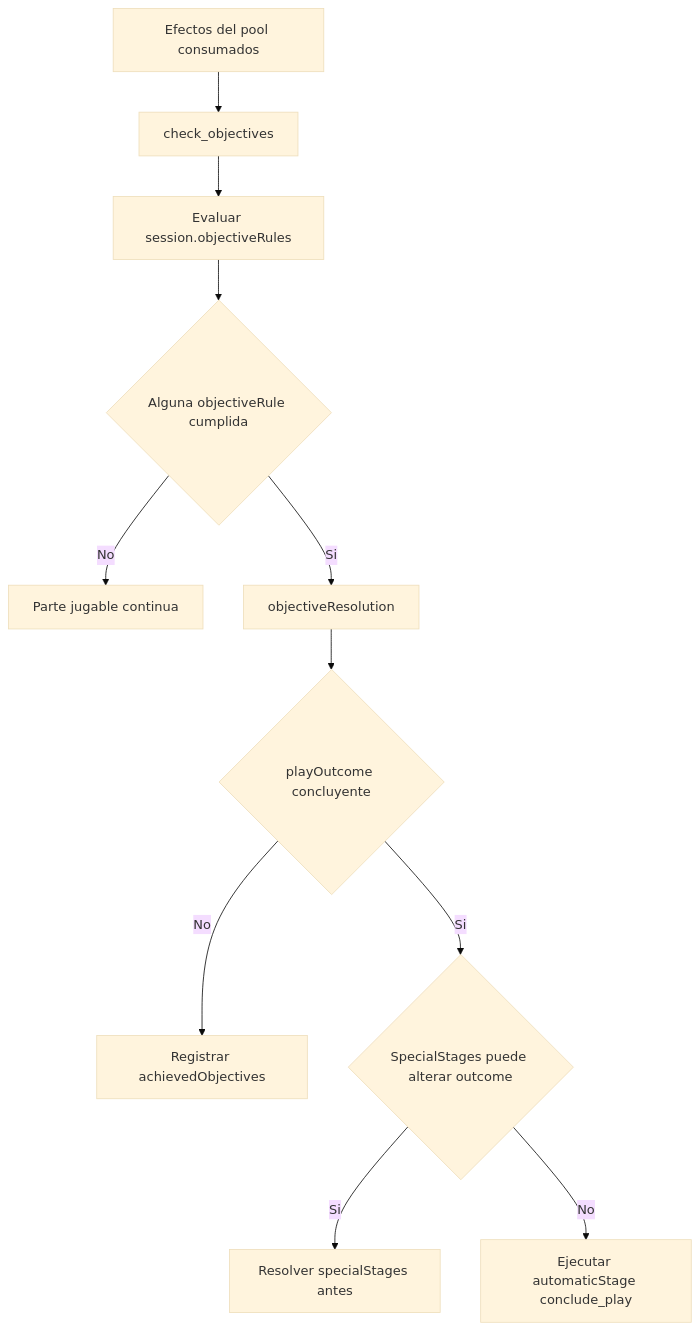
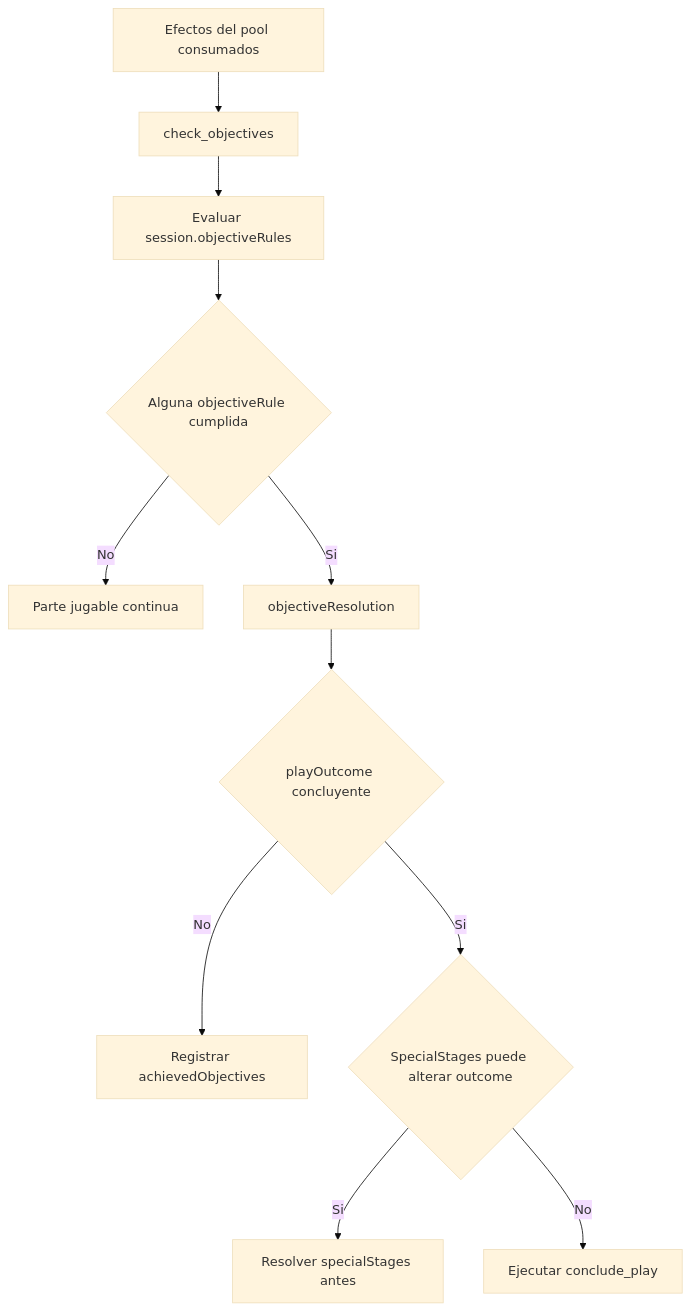
Before and after one commit to juanramonmorandeira/castronegro-director: the tenth of 14 diagrams in docs/engine_flow_map.md, drawn with Mermaid (base theme). The commit also changed other lines of this file and 47 other files, not shown here.

````diff
--- a/docs/engine_flow_map.md
+++ b/docs/engine_flow_map.md
@@ -487,13 +497,13 @@
 ```mermaid
 graph TD
   A[Efectos del pool consumados] --> B[check_objectives]
   B --> C[Evaluar session.objectiveRules]
   C --> D{Alguna objectiveRule cumplida}
   D -->|No| E[Parte jugable continua]
   D -->|Si| F[objectiveResolution]
   F --> G{playOutcome concluyente}
   G -->|No| H[Registrar achievedObjectives]
   G -->|Si| I{SpecialStages puede alterar outcome}
   I -->|Si| J[Resolver specialStages antes]
-  I -->|No| K[Ejecutar automaticStage conclude_play]
+  I -->|No| K[Ejecutar conclude_play]
 ```
````
